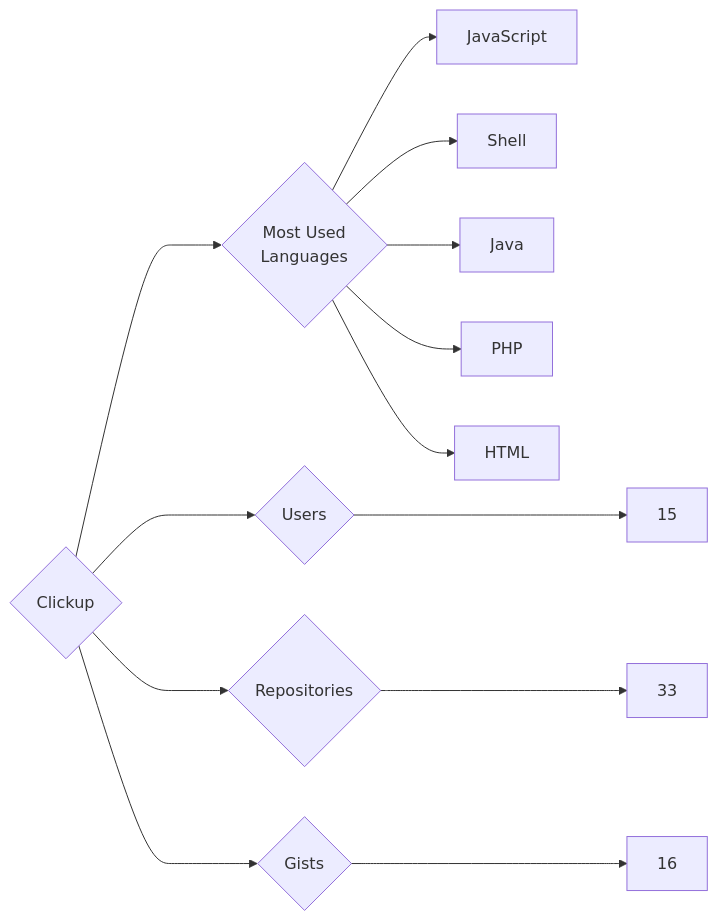
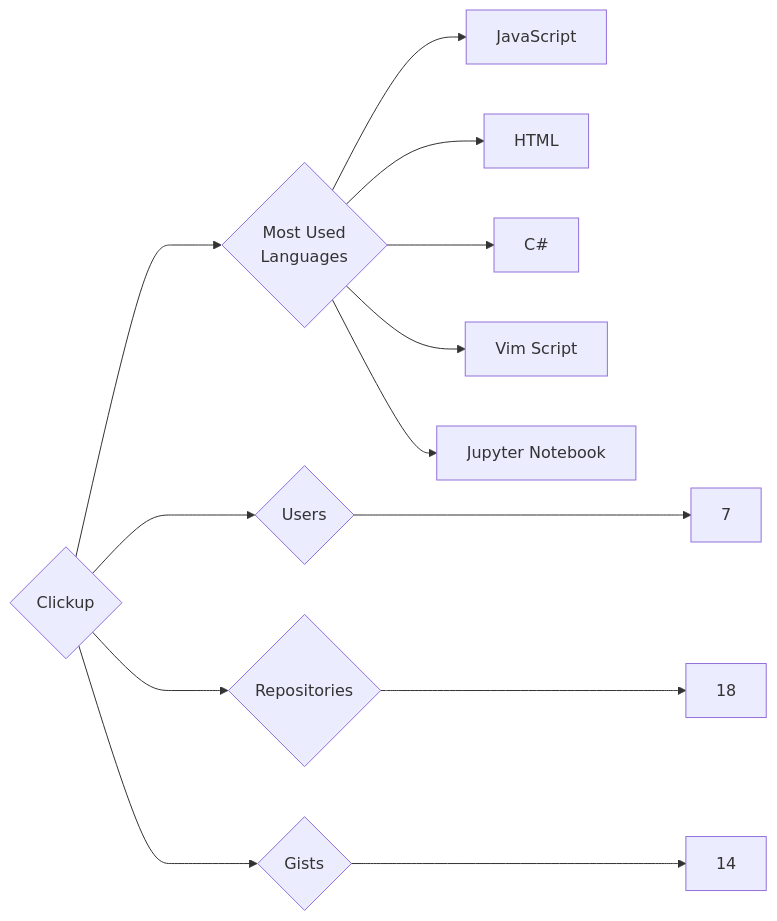
The diagram in targets/Clickup/README.md (trickest/insiders), drawn with Mermaid before and after one commit. The commit also changed 998 other files, not shown here.

````diff
--- a/targets/Clickup/README.md
+++ b/targets/Clickup/README.md
@@ -3,13 +3,13 @@
 ```mermaid
 graph LR
 COMPANY_NAME{Clickup}
-COMPANY_NAME ---> U{Users} ---> UN[15]
-COMPANY_NAME ---> R{Repositories} ---> RN[33]
-COMPANY_NAME ---> G{Gists} ---> GN[16]
+COMPANY_NAME ---> U{Users} ---> UN[7]
+COMPANY_NAME ---> R{Repositories} ---> RN[18]
+COMPANY_NAME ---> G{Gists} ---> GN[14]
 COMPANY_NAME ---> ML{Most Used<br>Languages}
 ML --> JavaScript[JavaScript]
-ML --> Shell[Shell]
-ML --> Java[Java]
-ML --> PHP[PHP]
 ML --> HTML[HTML]
+ML --> C#[C#]
+ML --> Vim_Script[Vim Script]
+ML --> Jupyter_Notebook[Jupyter Notebook]
 ```
````
